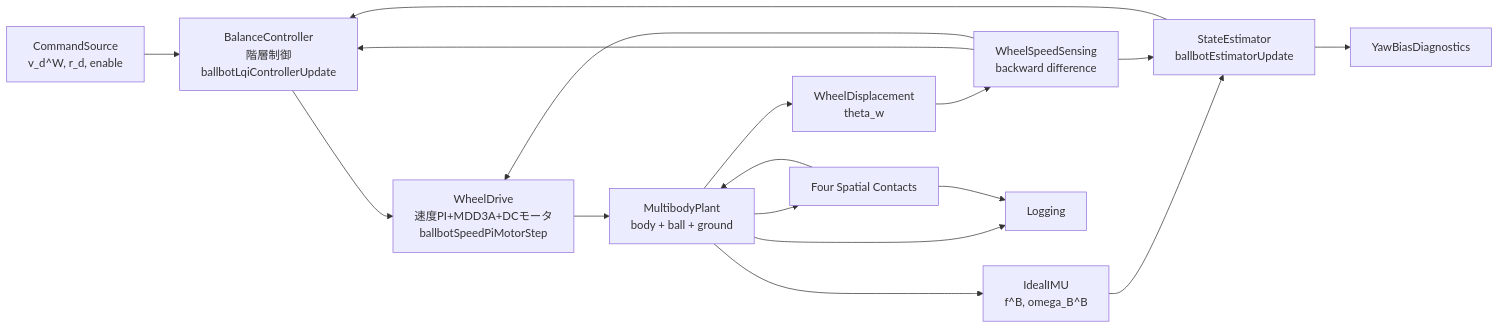
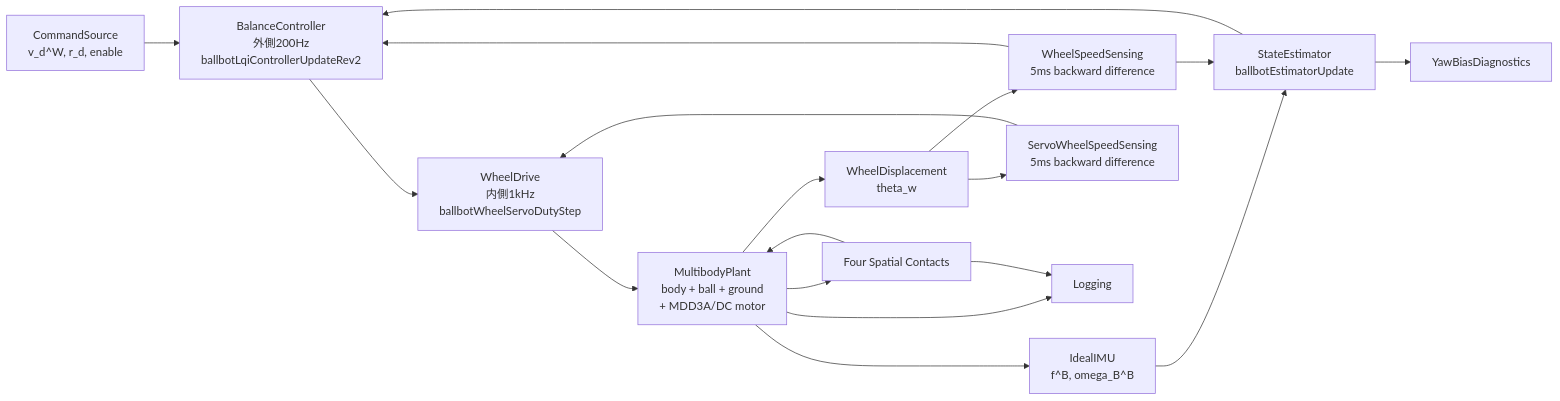
One commit to nenecchiCV/ball-balancing-omni-rover changed the first of 3 diagrams in specs/hardware_design/controll/ball_balancing_omnirover3wd/ball_balancing_omnirover3wd-architecture.md. Above: the diagram before and after it, drawn with Mermaid. The commit also changed other lines of this file and 9 other files, not shown here.

First line of the commit message:
Rework ball-balancing spec docs to the rev2 torque-LQI model

````diff
--- a/specs/hardware_design/controll/ball_balancing_omnirover3wd/ball_balancing_omnirover3wd-architecture.md
+++ b/specs/hardware_design/controll/ball_balancing_omnirover3wd/ball_balancing_omnirover3wd-architecture.md
@@ -13,30 +14,32 @@
 ```mermaid
 flowchart LR
   CMD[CommandSource<br/>v_d^W, r_d, enable]
   IMU[IdealIMU<br/>f^B, omega_B^B]
   ENC[WheelDisplacement<br/>theta_w]
-  WSS[WheelSpeedSensing<br/>backward difference]
+  WSS[WheelSpeedSensing<br/>5ms backward difference]
+  SWSS[ServoWheelSpeedSensing<br/>5ms backward difference]
   EST[StateEstimator<br/>ballbotEstimatorUpdate]
   DIAG[YawBiasDiagnostics]
-  BC[BalanceController<br/>階層制御<br/>ballbotLqiControllerUpdate]
-  WD[WheelDrive<br/>速度PI+MDD3A+DCモータ<br/>ballbotSpeedPiMotorStep]
-  MB[MultibodyPlant<br/>body + ball + ground]
+  BC[BalanceController<br/>外側200Hz<br/>ballbotLqiControllerUpdateRev2]
+  WD[WheelDrive<br/>内側1kHz<br/>ballbotWheelServoDutyStep]
+  MB[MultibodyPlant<br/>body + ball + ground<br/>+ MDD3A/DC motor]
   CONTACT[Four Spatial Contacts]
   LOG[Logging]
 
   CMD --> BC
   IMU --> EST
   ENC --> WSS
   WSS --> EST
   WSS --> BC
-  WSS --> WD
+  ENC --> SWSS
+  SWSS --> WD
   EST --> BC
   EST --> DIAG
   BC --> WD
   WD --> MB
   MB --> CONTACT --> MB
   MB --> IMU
   MB --> ENC
   MB --> LOG
   CONTACT --> LOG
 ```
````
